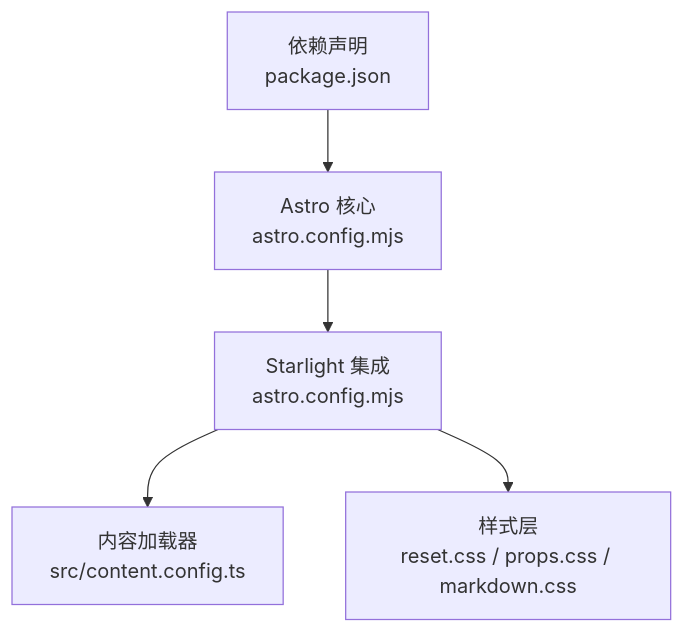
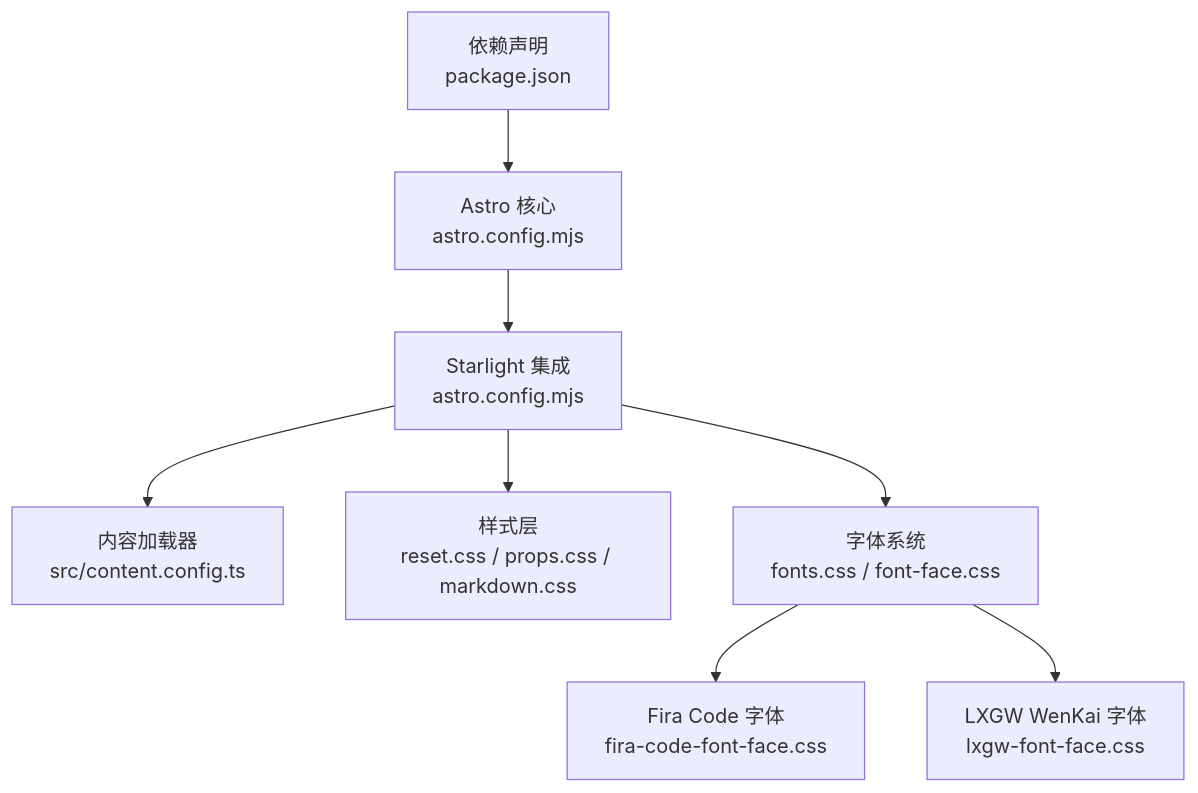
Before and after one commit to NTLx/ntlx.github.io: the first of 7 diagrams in .qoder/repowiki/zh/content/主题和样式系统.md, drawn with Mermaid. The commit also changed other lines of this file and 7 other files, not shown here.

````diff
--- a/.qoder/repowiki/zh/content/主题和样式系统.md
+++ b/.qoder/repowiki/zh/content/主题和样式系统.md
@@ -34,7 +48,10 @@
 ```mermaid
 graph TB
 A["Astro 核心<br/>astro.config.mjs"] --> B["Starlight 集成<br/>astro.config.mjs"]
 B --> C["内容加载器<br/>src/content.config.ts"]
 B --> D["样式层<br/>reset.css / props.css / markdown.css"]
-E["依赖声明<br/>package.json"] --> A
+B --> E["字体系统<br/>fonts.css / font-face.css"]
+F["依赖声明<br/>package.json"] --> A
+E --> G["Fira Code 字体<br/>fira-code-font-face.css"]
+E --> H["LXGW WenKai 字体<br/>lxgw-font-face.css"]
 ```
````
